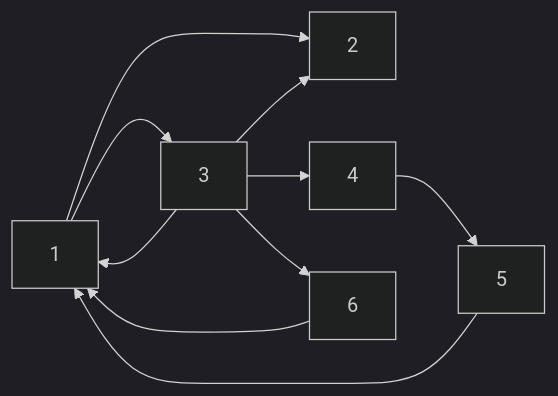
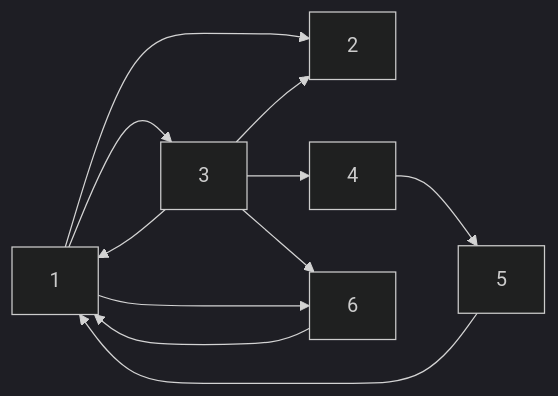
Before and after one commit to boddaert/snt: the third of 4 diagrams in seconde/Web/Moteurs_de_recherche.md, drawn with Mermaid (dark theme). The commit also changed other lines of this file and 1 other file, not shown here.

````diff
--- a/seconde/Web/Moteurs_de_recherche.md
+++ b/seconde/Web/Moteurs_de_recherche.md
@@ -111,12 +111,13 @@
 ```mermaid
   graph LR;
       1-->2;
       1-->3;
       3-->2;
       3-->1;
       3-->6;
       6-->1;
+      1-->6;
       3-->4;
       4-->5;
       5-->1;
 ```
````
